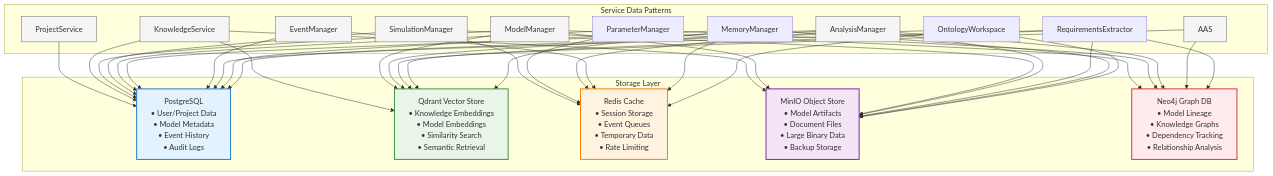
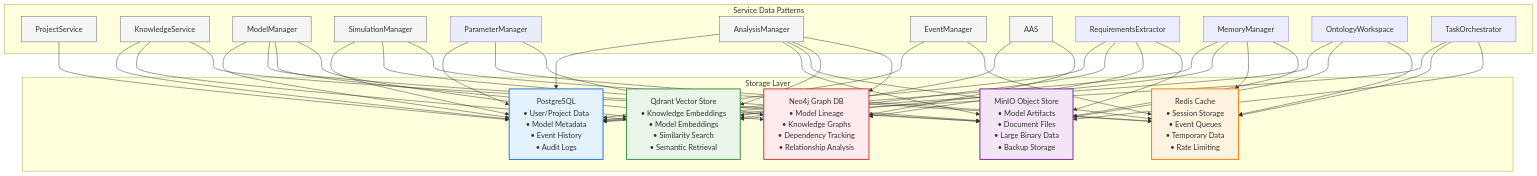
One commit to laserpointlabs/dadms changed the second of 2 diagrams in docs/architecture/README.md. Above: the diagram before and after it, drawn with Mermaid. The commit also changed other lines of this file and 5 other files, not shown here.

First line of the commit message:
feat: Add Task Orchestrator API documentation and architecture updates

````diff
--- a/docs/architecture/README.md
+++ b/docs/architecture/README.md
@@ -127,62 +137,65 @@
 ```mermaid
 %%{init: { 'flowchart': { 'curve': 'orthogonal' }}}%%
 flowchart TD
     subgraph Storage["Storage Layer"]
         PostgreSQL["PostgreSQL<br/>• User/Project Data<br/>• Model Metadata<br/>• Event History<br/>• Audit Logs"]
         Qdrant["Qdrant Vector Store<br/>• Knowledge Embeddings<br/>• Model Embeddings<br/>• Similarity Search<br/>• Semantic Retrieval"]
         Redis["Redis Cache<br/>• Session Storage<br/>• Event Queues<br/>• Temporary Data<br/>• Rate Limiting"]
         MinIO["MinIO Object Store<br/>• Model Artifacts<br/>• Document Files<br/>• Large Binary Data<br/>• Backup Storage"]
         Neo4j["Neo4j Graph DB<br/>• Model Lineage<br/>• Knowledge Graphs<br/>• Dependency Tracking<br/>• Relationship Analysis"]
     end
     
     subgraph Services["Service Data Patterns"]
         ProjectService --> PostgreSQL
         KnowledgeService --> PostgreSQL
         KnowledgeService --> Qdrant
         KnowledgeService --> MinIO
         ModelManager --> PostgreSQL
         ModelManager --> MinIO
         ModelManager --> Neo4j
         ModelManager --> Qdrant
         SimulationManager --> PostgreSQL
         SimulationManager --> MinIO
         SimulationManager --> Redis
         ParameterManager --> PostgreSQL
         ParameterManager --> Redis
         ParameterManager --> Neo4j
         AnalysisManager --> PostgreSQL
         AnalysisManager --> MinIO
         AnalysisManager --> Redis
         AnalysisManager --> Qdrant
         AnalysisManager --> Neo4j
         EventManager --> PostgreSQL
         EventManager --> Redis
         AAS --> Qdrant
         AAS --> Neo4j
         RequirementsExtractor --> PostgreSQL
         RequirementsExtractor --> Qdrant
         RequirementsExtractor --> Neo4j
         RequirementsExtractor --> MinIO
         MemoryManager --> PostgreSQL
         MemoryManager --> Qdrant
         MemoryManager --> Redis
         MemoryManager --> MinIO
         OntologyWorkspace --> PostgreSQL
         OntologyWorkspace --> MinIO
         OntologyWorkspace --> Redis
+        TaskOrchestrator --> PostgreSQL
+        TaskOrchestrator --> Redis
+        TaskOrchestrator --> MinIO
     end
     
     classDef primary fill:#e3f2fd,stroke:#1976d2,stroke-width:2px;
     classDef vector fill:#e8f5e8,stroke:#388e3c,stroke-width:2px;
     classDef cache fill:#fff3e0,stroke:#f57c00,stroke-width:2px;
     classDef object fill:#f3e5f5,stroke:#7b1fa2,stroke-width:2px;
     classDef graphdb fill:#ffebee,stroke:#d32f2f,stroke-width:2px;
     classDef service fill:#f5f5f5,stroke:#616161,stroke-width:1px;
     
     class PostgreSQL primary;
     class Qdrant vector;
     class Redis cache;
     class MinIO object;
     class Neo4j graphdb;
     class ProjectService,KnowledgeService,ModelManager,SimulationManager,AnalysisManager,EventManager,AAS service;
 ```
````
